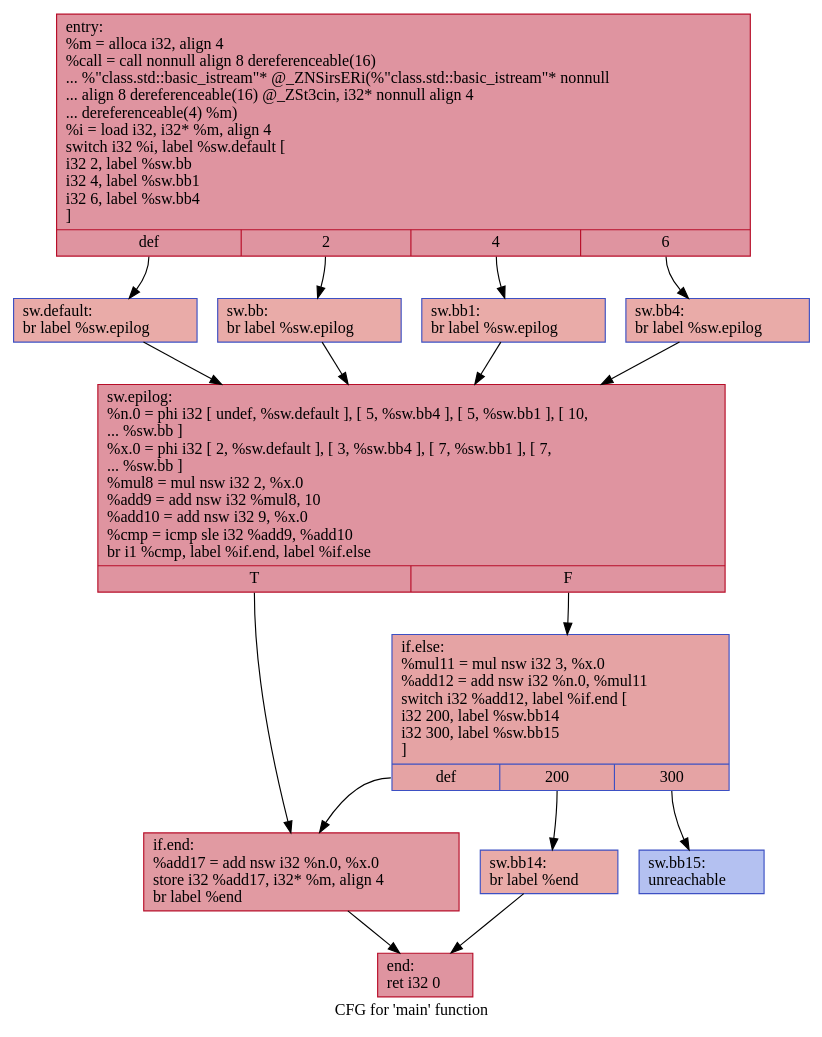
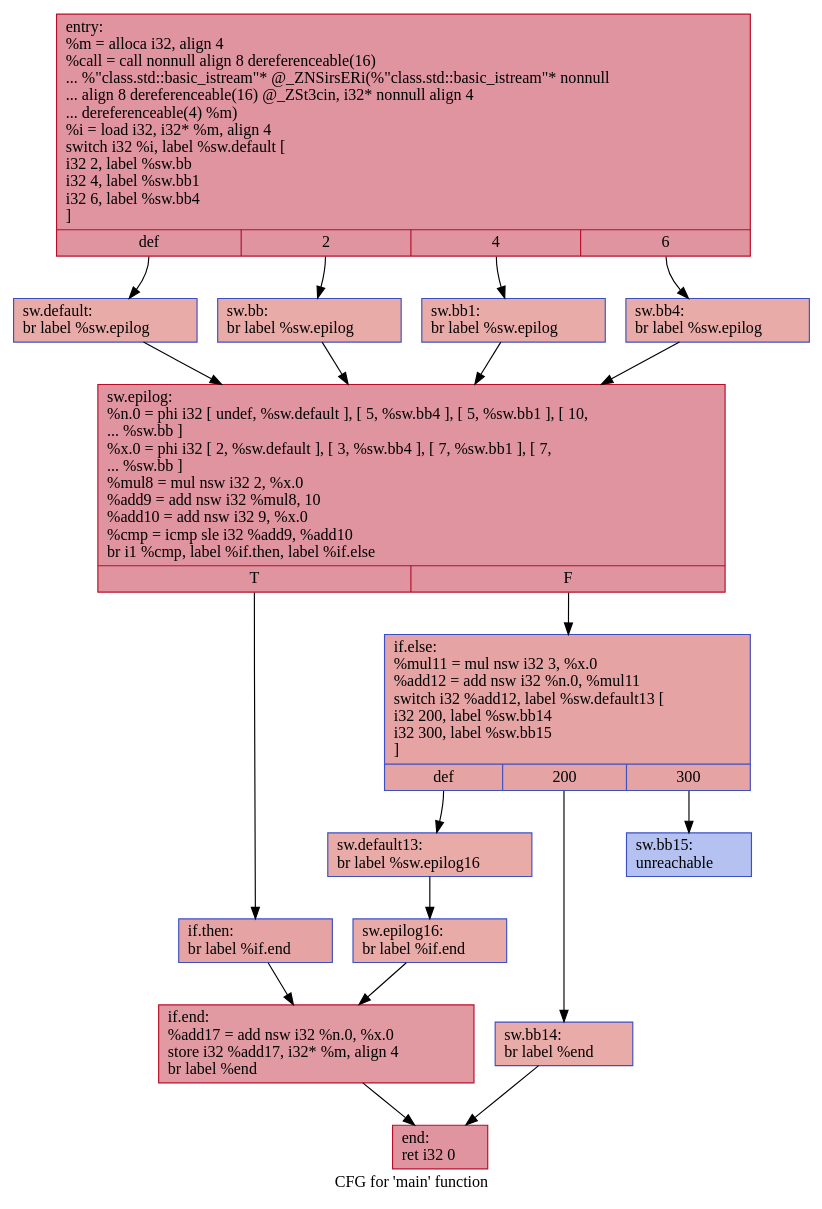
Before and after one commit to HPSSA-LLVM/HPSSA-LLVM: the diagram in IR/cfg/SCCP_BASELINE.dot, drawn with Graphviz. The commit also changed 22 other files, not shown here.

```diff
--- a/IR/cfg/SCCP_BASELINE.dot
+++ b/IR/cfg/SCCP_BASELINE.dot
@@ -1,30 +1,36 @@
 digraph "CFG for 'main' function" {
 	label="CFG for 'main' function";
 
-	Node0x55e267811e60 [shape=record,color="#b70d28ff", style=filled, fillcolor="#b70d2870",label="{entry:\l  %m = alloca i32, align 4\l  %call = call nonnull align 8 dereferenceable(16)\l... %\"class.std::basic_istream\"* @_ZNSirsERi(%\"class.std::basic_istream\"* nonnull\l... align 8 dereferenceable(16) @_ZSt3cin, i32* nonnull align 4\l... dereferenceable(4) %m)\l  %i = load i32, i32* %m, align 4\l  switch i32 %i, label %sw.default [\l    i32 2, label %sw.bb\l    i32 4, label %sw.bb1\l    i32 6, label %sw.bb4\l  ]\l|{<s0>def|<s1>2|<s2>4|<s3>6}}"];
-	Node0x55e267811e60:s0 -> Node0x55e2678122a0;
-	Node0x55e267811e60:s1 -> Node0x55e2678123b0;
-	Node0x55e267811e60:s2 -> Node0x55e2678124b0;
-	Node0x55e267811e60:s3 -> Node0x55e2678125b0;
-	Node0x55e2678123b0 [shape=record,color="#3d50c3ff", style=filled, fillcolor="#cc403a70",label="{sw.bb:                                            \l  br label %sw.epilog\l}"];
-	Node0x55e2678123b0 -> Node0x55e2678126d0;
-	Node0x55e2678124b0 [shape=record,color="#3d50c3ff", style=filled, fillcolor="#cc403a70",label="{sw.bb1:                                           \l  br label %sw.epilog\l}"];
-	Node0x55e2678124b0 -> Node0x55e2678126d0;
-	Node0x55e2678125b0 [shape=record,color="#3d50c3ff", style=filled, fillcolor="#cc403a70",label="{sw.bb4:                                           \l  br label %sw.epilog\l}"];
-	Node0x55e2678125b0 -> Node0x55e2678126d0;
-	Node0x55e2678122a0 [shape=record,color="#3d50c3ff", style=filled, fillcolor="#cc403a70",label="{sw.default:                                       \l  br label %sw.epilog\l}"];
-	Node0x55e2678122a0 -> Node0x55e2678126d0;
-	Node0x55e2678126d0 [shape=record,color="#b70d28ff", style=filled, fillcolor="#b70d2870",label="{sw.epilog:                                        \l  %n.0 = phi i32 [ undef, %sw.default ], [ 5, %sw.bb4 ], [ 5, %sw.bb1 ], [ 10,\l... %sw.bb ]\l  %x.0 = phi i32 [ 2, %sw.default ], [ 3, %sw.bb4 ], [ 7, %sw.bb1 ], [ 7,\l... %sw.bb ]\l  %mul8 = mul nsw i32 2, %x.0\l  %add9 = add nsw i32 %mul8, 10\l  %add10 = add nsw i32 9, %x.0\l  %cmp = icmp sle i32 %add9, %add10\l  br i1 %cmp, label %if.end, label %if.else\l|{<s0>T|<s1>F}}"];
-	Node0x55e2678126d0:s0 -> Node0x55e2678134d0;
-	Node0x55e2678126d0:s1 -> Node0x55e267813540;
-	Node0x55e267813540 [shape=record,color="#3d50c3ff", style=filled, fillcolor="#c32e3170",label="{if.else:                                          \l  %mul11 = mul nsw i32 3, %x.0\l  %add12 = add nsw i32 %n.0, %mul11\l  switch i32 %add12, label %if.end [\l    i32 200, label %sw.bb14\l    i32 300, label %sw.bb15\l  ]\l|{<s0>def|<s1>200|<s2>300}}"];
-	Node0x55e267813540:s0 -> Node0x55e2678134d0;
-	Node0x55e267813540:s1 -> Node0x55e2678137f0;
-	Node0x55e267813540:s2 -> Node0x55e267813890;
-	Node0x55e2678137f0 [shape=record,color="#3d50c3ff", style=filled, fillcolor="#cc403a70",label="{sw.bb14:                                          \l  br label %end\l}"];
-	Node0x55e2678137f0 -> Node0x55e267813a20;
-	Node0x55e267813890 [shape=record,color="#3d50c3ff", style=filled, fillcolor="#5572df70",label="{sw.bb15:                                          \l  unreachable\l}"];
-	Node0x55e2678134d0 [shape=record,color="#b70d28ff", style=filled, fillcolor="#bb1b2c70",label="{if.end:                                           \l  %add17 = add nsw i32 %n.0, %x.0\l  store i32 %add17, i32* %m, align 4\l  br label %end\l}"];
-	Node0x55e2678134d0 -> Node0x55e267813a20;
-	Node0x55e267813a20 [shape=record,color="#b70d28ff", style=filled, fillcolor="#b70d2870",label="{end:                                              \l  ret i32 0\l}"];
+	Node0x5609db591f50 [shape=record,color="#b70d28ff", style=filled, fillcolor="#b70d2870",label="{entry:\l  %m = alloca i32, align 4\l  %call = call nonnull align 8 dereferenceable(16)\l... %\"class.std::basic_istream\"* @_ZNSirsERi(%\"class.std::basic_istream\"* nonnull\l... align 8 dereferenceable(16) @_ZSt3cin, i32* nonnull align 4\l... dereferenceable(4) %m)\l  %i = load i32, i32* %m, align 4\l  switch i32 %i, label %sw.default [\l    i32 2, label %sw.bb\l    i32 4, label %sw.bb1\l    i32 6, label %sw.bb4\l  ]\l|{<s0>def|<s1>2|<s2>4|<s3>6}}"];
+	Node0x5609db591f50:s0 -> Node0x5609db592390;
+	Node0x5609db591f50:s1 -> Node0x5609db5924a0;
+	Node0x5609db591f50:s2 -> Node0x5609db5925a0;
+	Node0x5609db591f50:s3 -> Node0x5609db5926a0;
+	Node0x5609db5924a0 [shape=record,color="#3d50c3ff", style=filled, fillcolor="#cc403a70",label="{sw.bb:                                            \l  br label %sw.epilog\l}"];
+	Node0x5609db5924a0 -> Node0x5609db5927c0;
+	Node0x5609db5925a0 [shape=record,color="#3d50c3ff", style=filled, fillcolor="#cc403a70",label="{sw.bb1:                                           \l  br label %sw.epilog\l}"];
+	Node0x5609db5925a0 -> Node0x5609db5927c0;
+	Node0x5609db5926a0 [shape=record,color="#3d50c3ff", style=filled, fillcolor="#cc403a70",label="{sw.bb4:                                           \l  br label %sw.epilog\l}"];
+	Node0x5609db5926a0 -> Node0x5609db5927c0;
+	Node0x5609db592390 [shape=record,color="#3d50c3ff", style=filled, fillcolor="#cc403a70",label="{sw.default:                                       \l  br label %sw.epilog\l}"];
+	Node0x5609db592390 -> Node0x5609db5927c0;
+	Node0x5609db5927c0 [shape=record,color="#b70d28ff", style=filled, fillcolor="#b70d2870",label="{sw.epilog:                                        \l  %n.0 = phi i32 [ undef, %sw.default ], [ 5, %sw.bb4 ], [ 5, %sw.bb1 ], [ 10,\l... %sw.bb ]\l  %x.0 = phi i32 [ 2, %sw.default ], [ 3, %sw.bb4 ], [ 7, %sw.bb1 ], [ 7,\l... %sw.bb ]\l  %mul8 = mul nsw i32 2, %x.0\l  %add9 = add nsw i32 %mul8, 10\l  %add10 = add nsw i32 9, %x.0\l  %cmp = icmp sle i32 %add9, %add10\l  br i1 %cmp, label %if.then, label %if.else\l|{<s0>T|<s1>F}}"];
+	Node0x5609db5927c0:s0 -> Node0x5609db5935c0;
+	Node0x5609db5927c0:s1 -> Node0x5609db593630;
+	Node0x5609db5935c0 [shape=record,color="#3d50c3ff", style=filled, fillcolor="#c32e3170",label="{if.then:                                          \l  br label %if.end\l}"];
+	Node0x5609db5935c0 -> Node0x5609db593750;
+	Node0x5609db593630 [shape=record,color="#3d50c3ff", style=filled, fillcolor="#c32e3170",label="{if.else:                                          \l  %mul11 = mul nsw i32 3, %x.0\l  %add12 = add nsw i32 %n.0, %mul11\l  switch i32 %add12, label %sw.default13 [\l    i32 200, label %sw.bb14\l    i32 300, label %sw.bb15\l  ]\l|{<s0>def|<s1>200|<s2>300}}"];
+	Node0x5609db593630:s0 -> Node0x5609db593990;
+	Node0x5609db593630:s1 -> Node0x5609db593a40;
+	Node0x5609db593630:s2 -> Node0x5609db593ae0;
+	Node0x5609db593990 [shape=record,color="#3d50c3ff", style=filled, fillcolor="#cc403a70",label="{sw.default13:                                     \l  br label %sw.epilog16\l}"];
+	Node0x5609db593990 -> Node0x5609db593c70;
+	Node0x5609db593a40 [shape=record,color="#3d50c3ff", style=filled, fillcolor="#cc403a70",label="{sw.bb14:                                          \l  br label %end\l}"];
+	Node0x5609db593a40 -> Node0x5609db593d60;
+	Node0x5609db593ae0 [shape=record,color="#3d50c3ff", style=filled, fillcolor="#5572df70",label="{sw.bb15:                                          \l  unreachable\l}"];
+	Node0x5609db593c70 [shape=record,color="#3d50c3ff", style=filled, fillcolor="#cc403a70",label="{sw.epilog16:                                      \l  br label %if.end\l}"];
+	Node0x5609db593c70 -> Node0x5609db593750;
+	Node0x5609db593750 [shape=record,color="#b70d28ff", style=filled, fillcolor="#bb1b2c70",label="{if.end:                                           \l  %add17 = add nsw i32 %n.0, %x.0\l  store i32 %add17, i32* %m, align 4\l  br label %end\l}"];
+	Node0x5609db593750 -> Node0x5609db593d60;
+	Node0x5609db593d60 [shape=record,color="#b70d28ff", style=filled, fillcolor="#b70d2870",label="{end:                                              \l  ret i32 0\l}"];
 }
```
